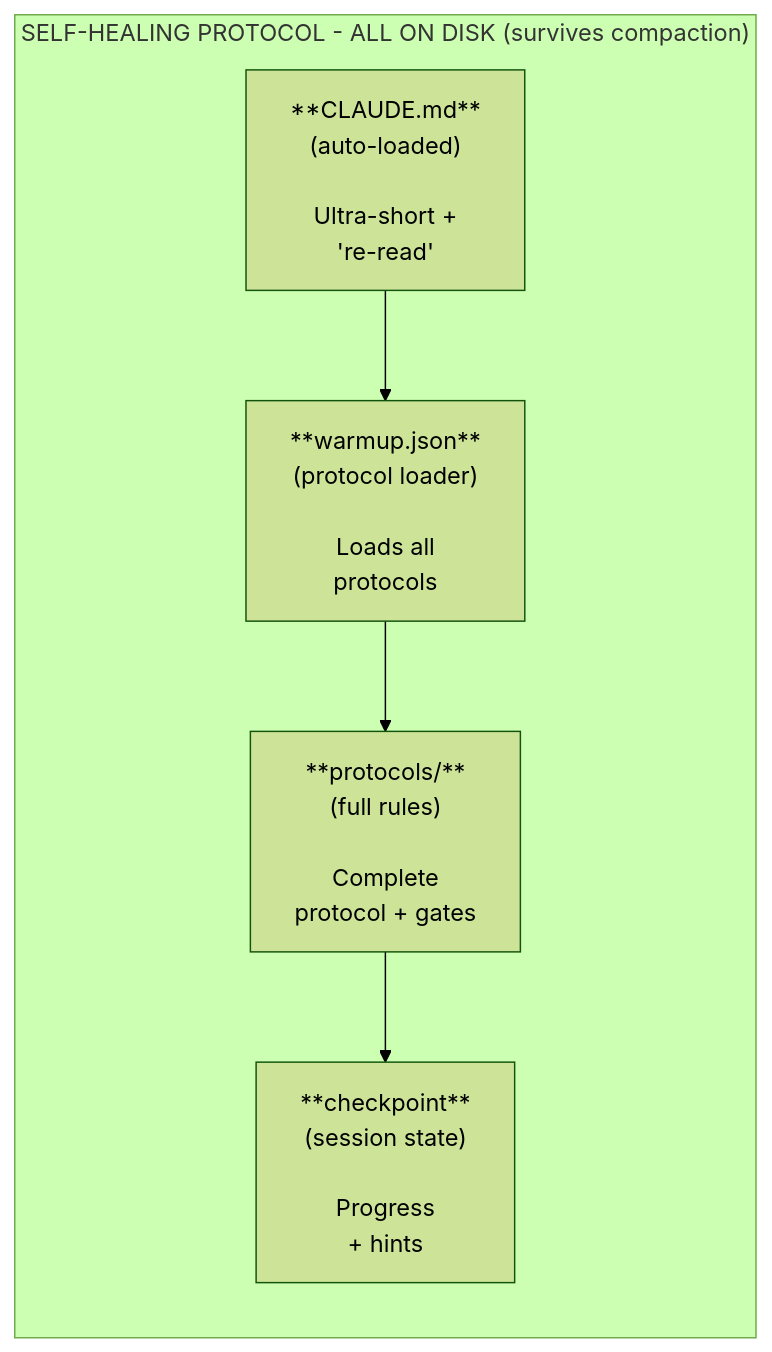
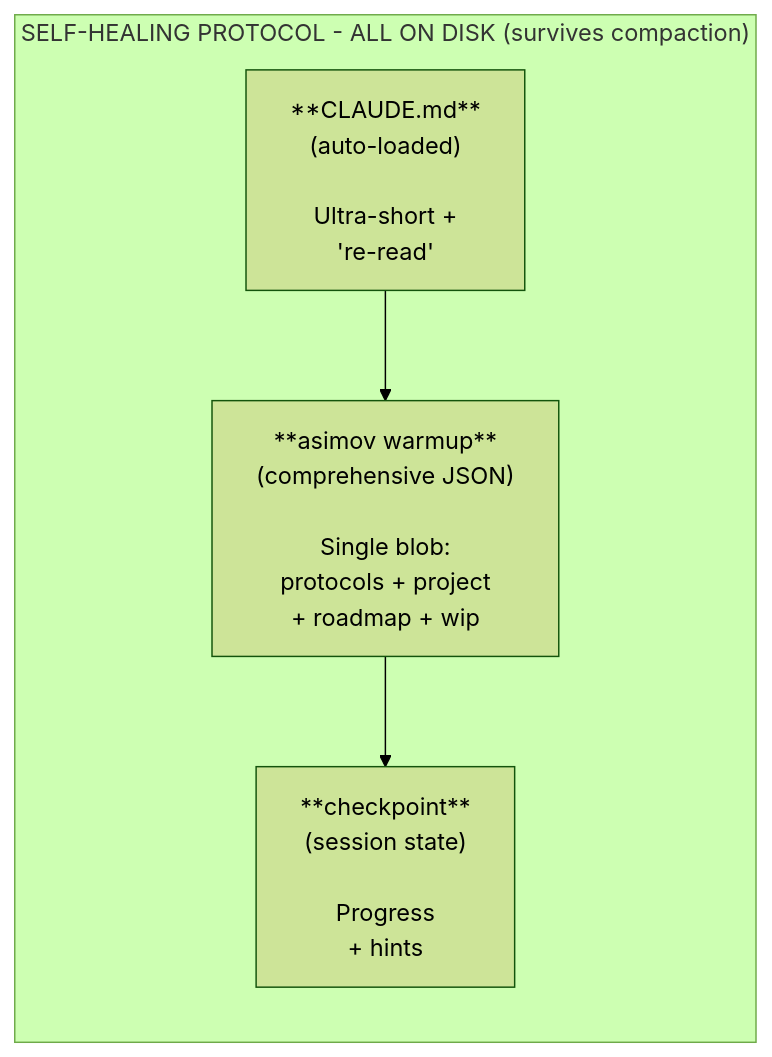
The diagram in docs/components/4-SELF_HEALING.md (royalbit/asimov-protocol), drawn with Mermaid (forest theme) before and after one commit. The commit also changed other lines of this file and 3 other files, not shown here.

First line of the commit message:
docs: Update documentation for v9.16.0 Full Context Warmup

````diff
--- a/docs/components/4-SELF_HEALING.md
+++ b/docs/components/4-SELF_HEALING.md
@@ -44,11 +44,10 @@
 ```mermaid
 flowchart LR
     subgraph healing["SELF-HEALING PROTOCOL - ALL ON DISK (survives compaction)"]
         CM["**CLAUDE.md**<br/>(auto-loaded)<br/><br/>Ultra-short +<br/>'re-read'"]
-        WU["**warmup.json**<br/>(protocol loader)<br/><br/>Loads all<br/>protocols"]
-        PR["**protocols/**<br/>(full rules)<br/><br/>Complete<br/>protocol + gates"]
+        WU["**asimov warmup**<br/>(comprehensive JSON)<br/><br/>Single blob:<br/>protocols + project<br/>+ roadmap + wip"]
         CP["**checkpoint**<br/>(session state)<br/><br/>Progress<br/>+ hints"]
 
-        CM --> WU --> PR --> CP
+        CM --> WU --> CP
     end
 ```
````
